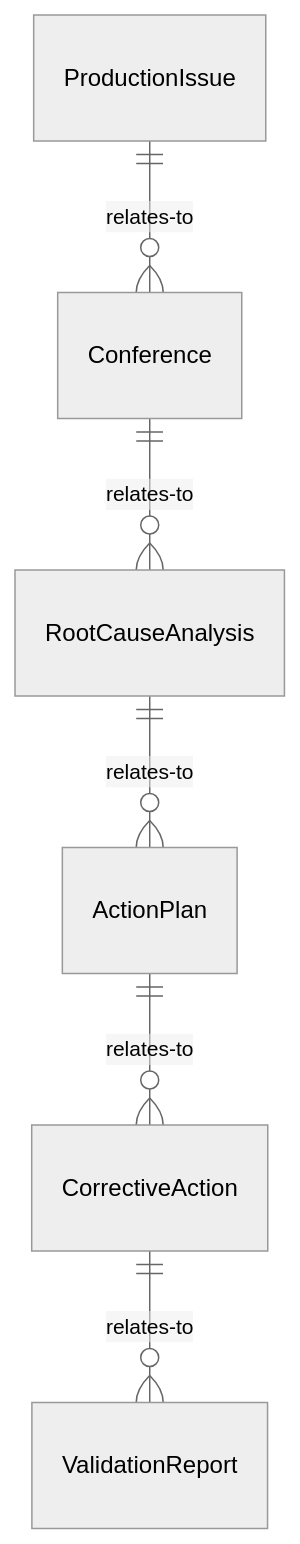
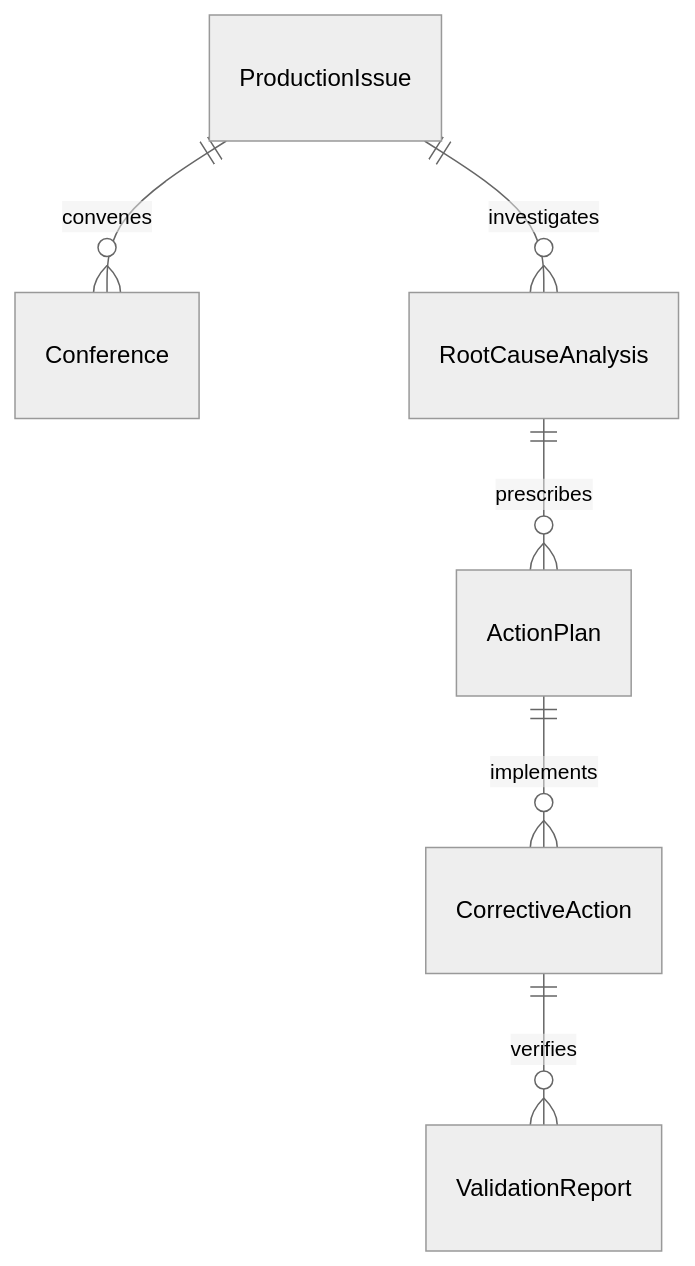
Before and after one commit to dot-org-ai/tasks.org.ai: the first of 4 diagrams in CommunicatingWithSupervisorsPeersOrSubordinates/CoordinateWithOthersToResolveProblems/ConferOthersResolveProductionProblems.mdx, drawn with Mermaid (neutral theme). The commit also changed other lines of this file and 515 other files, not shown here.

````diff
--- a/CommunicatingWithSupervisorsPeersOrSubordinates/CoordinateWithOthersToResolveProblems/ConferOthersResolveProductionProblems.mdx
+++ b/CommunicatingWithSupervisorsPeersOrSubordinates/CoordinateWithOthersToResolveProblems/ConferOthersResolveProductionProblems.mdx
@@ -88,8 +88,8 @@
 ```mermaid
 erDiagram
-    ProductionIssue ||--o{ Conference : relates-to
-    Conference ||--o{ RootCauseAnalysis : relates-to
-    RootCauseAnalysis ||--o{ ActionPlan : relates-to
-    ActionPlan ||--o{ CorrectiveAction : relates-to
-    CorrectiveAction ||--o{ ValidationReport : relates-to
+    ProductionIssue ||--o{ Conference : convenes
+    ProductionIssue ||--o{ RootCauseAnalysis : investigates
+    RootCauseAnalysis ||--o{ ActionPlan : prescribes
+    ActionPlan ||--o{ CorrectiveAction : implements
+    CorrectiveAction ||--o{ ValidationReport : verifies
 ```
````
